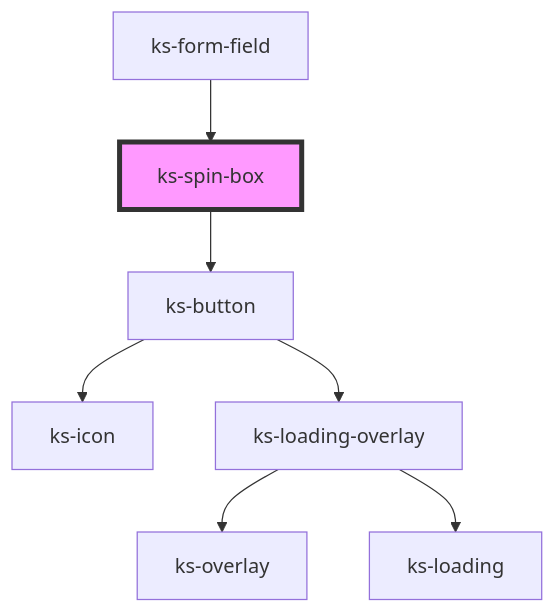
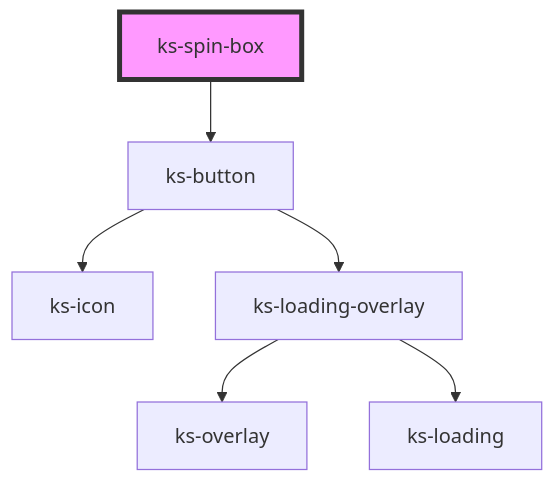
The diagram in src/scripts/components/spin-box/readme.md (kickstand-ui/kickstand-ui), drawn with Mermaid before and after one commit. The commit also changed other lines of this file and 6 other files, not shown here.

````diff
--- a/src/scripts/components/spin-box/readme.md
+++ b/src/scripts/components/spin-box/readme.md
@@ -38,10 +34,9 @@
 ```mermaid
 graph TD;
   ks-spin-box --> ks-button
   ks-button --> ks-icon
   ks-button --> ks-loading-overlay
   ks-loading-overlay --> ks-overlay
   ks-loading-overlay --> ks-loading
-  ks-form-field --> ks-spin-box
   style ks-spin-box fill:#f9f,stroke:#333,stroke-width:4px
 ```
````
